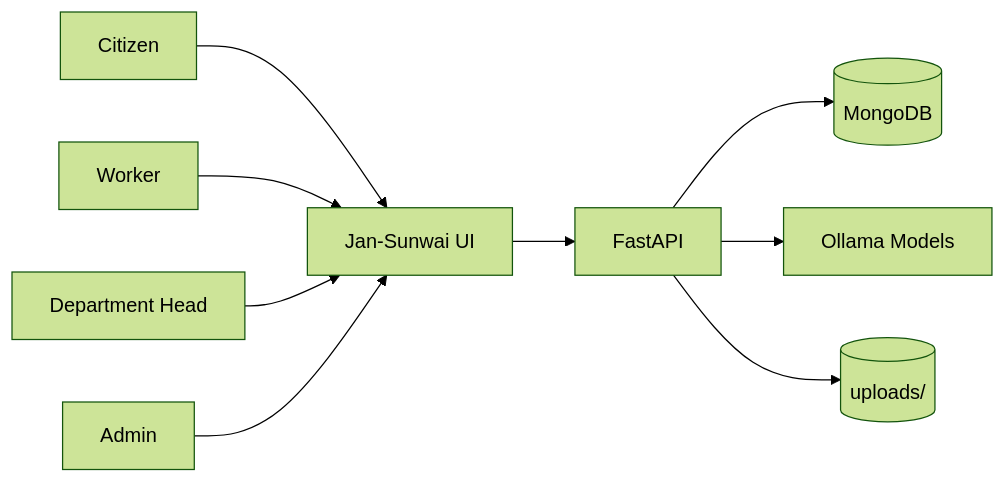
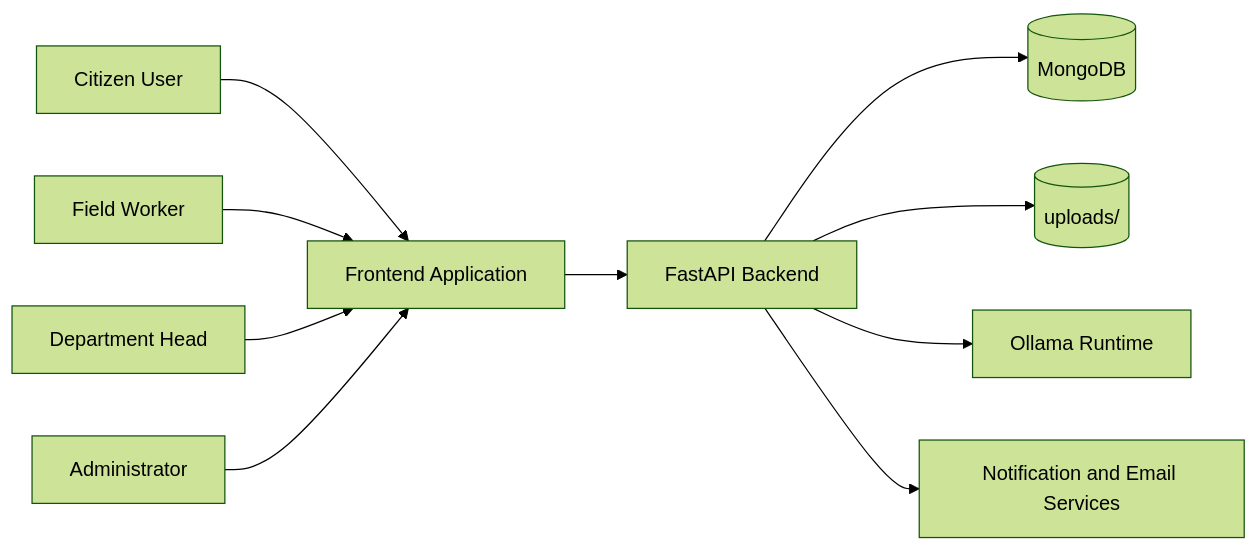
The first of 15 diagrams in docs/reports/PROJECT_REPORT.md (ark5234/Jan-Sunwai-AI), drawn with Mermaid (forest theme) before and after one commit. The commit also changed other lines of this file, not shown here.

Commit message:
docs: restructure PROJECT_REPORT.md for clarity and detail; enhance sections on problem statement, objectives, and system architecture

````diff
--- a/docs/reports/PROJECT_REPORT.md
+++ b/docs/reports/PROJECT_REPORT.md
@@ -57,12 +87,13 @@
 ```mermaid
 flowchart LR
-    Citizen[Citizen] --> App[Jan-Sunwai UI]
-    Worker[Worker] --> App
-    Dept[Department Head] --> App
-    Admin[Admin] --> App
+    Citizen[Citizen User] --> FE[Frontend Application]
+    Worker[Field Worker] --> FE
+    DeptHead[Department Head] --> FE
+    Admin[Administrator] --> FE
 
-    App --> API[FastAPI]
+    FE --> API[FastAPI Backend]
     API --> DB[(MongoDB)]
-    API --> AI[Ollama Models]
-    API --> Store[(uploads/)]
+    API --> UP[(uploads/)]
+    API --> OLLAMA[Ollama Runtime]
+    API --> NOTIFY[Notification and Email Services]
 ```
````
